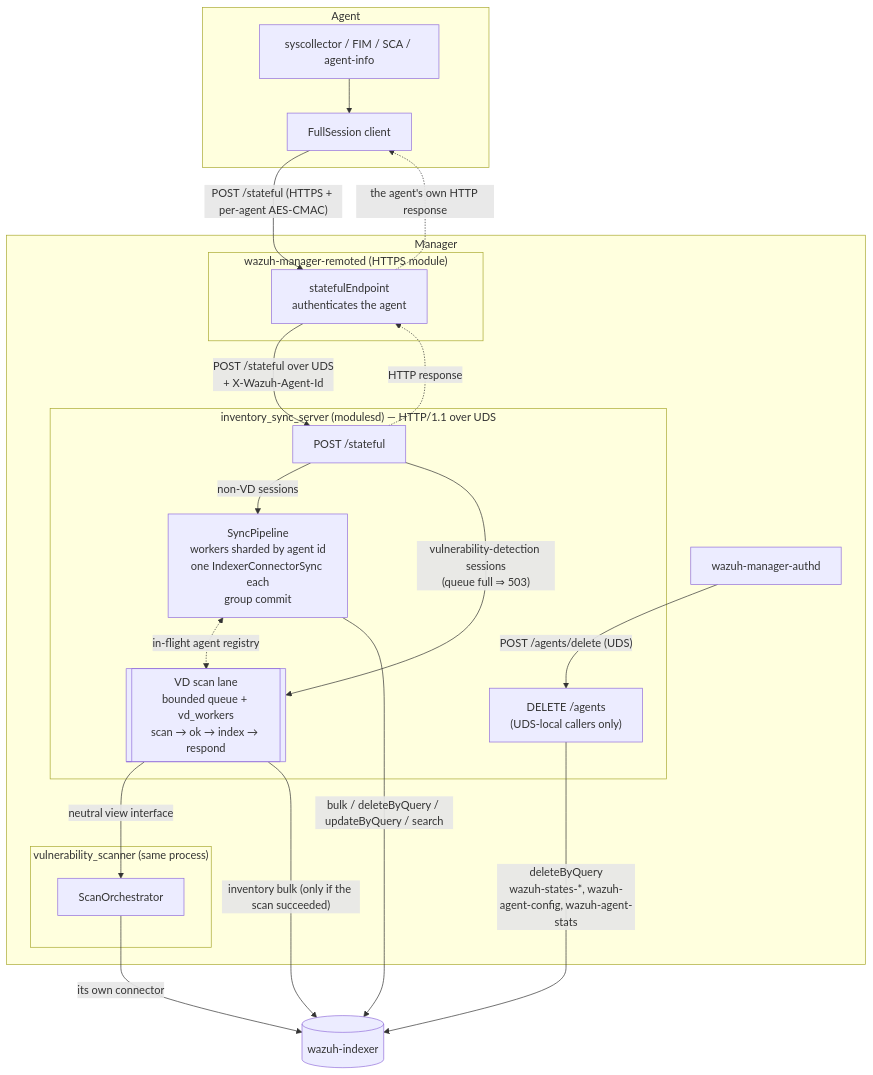
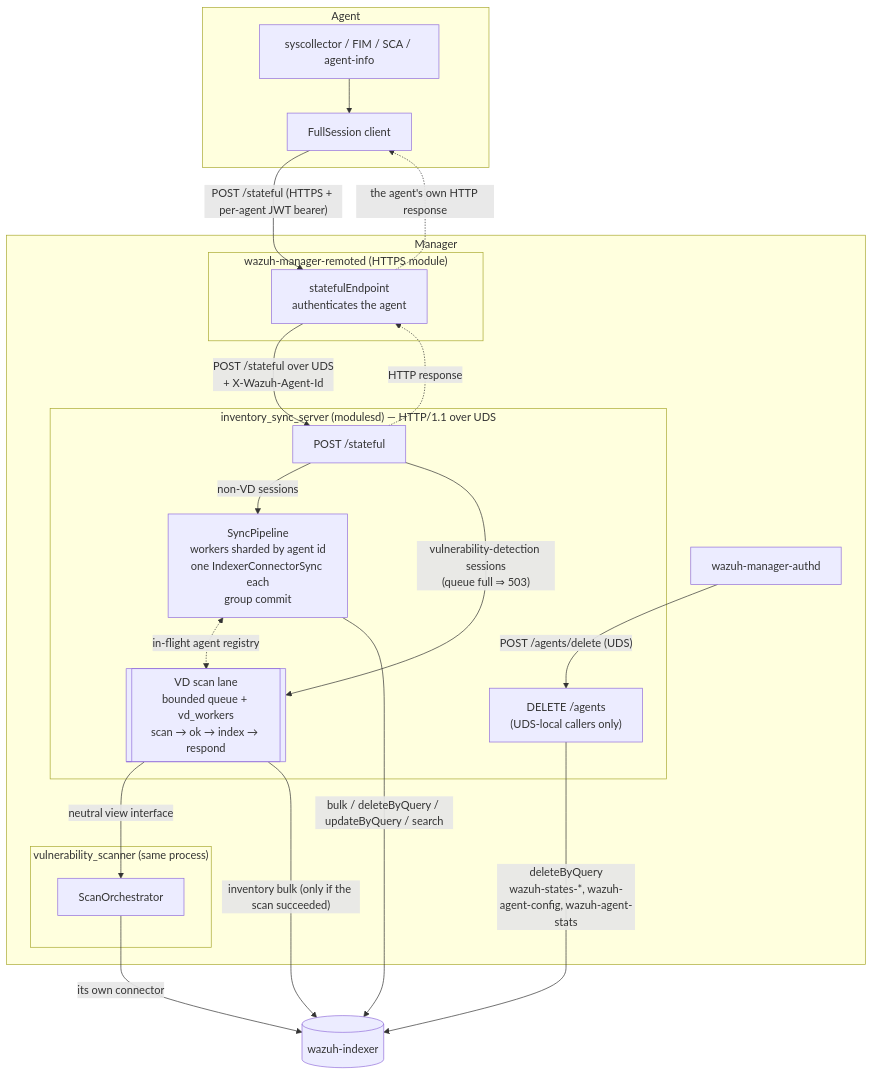
The first of 3 diagrams in docs/ref/modules/inventory-sync-server/architecture.md (wazuh/wazuh), drawn with Mermaid before and after one commit. The commit also changed other lines of this file and 31 other files, not shown here.

First line of the commit message:
docs(remoted): document the wazuh-agent+jwt / wazuh-enroll+jwt bearer profiles (#38582)

````diff
--- a/docs/ref/modules/inventory-sync-server/architecture.md
+++ b/docs/ref/modules/inventory-sync-server/architecture.md
@@ -11,32 +11,32 @@
 ```mermaid
 flowchart TB
     subgraph Agent["Agent"]
         MOD[syscollector / FIM / SCA / agent-info] --> CLI[FullSession client]
     end
-    CLI -->|"POST /stateful (HTTPS + per-agent AES-CMAC)"| REME
+    CLI -->|"POST /stateful (HTTPS + per-agent JWT bearer)"| REME
 
     subgraph Manager
         subgraph remoted["wazuh-manager-remoted (HTTPS module)"]
             REME[statefulEndpoint\nauthenticates the agent]
         end
         subgraph ISS["inventory_sync_server (modulesd) — HTTP/1.1 over UDS"]
             SYNCR["POST /stateful"] -->|non-VD sessions| PIPE[SyncPipeline\nworkers sharded by agent id\none IndexerConnectorSync each\ngroup commit]
             SYNCR -->|"vulnerability-detection sessions\n(queue full ⇒ 503)"| LANE[[VD scan lane\nbounded queue + vd_workers\nscan → ok → index → respond]]
             DELR["DELETE /agents\n(UDS-local callers only)"]
             PIPE <-.->|in-flight agent registry| LANE
         end
         REME -->|"POST /stateful over UDS\n+ X-Wazuh-Agent-Id"| SYNCR
         SYNCR -.->|HTTP response| REME
         AUTHD[wazuh-manager-authd] -->|"POST /agents/delete (UDS)"| DELR
         subgraph VD["vulnerability_scanner (same process)"]
             ORCH[ScanOrchestrator]
         end
         LANE -->|neutral view interface| ORCH
     end
 
     REME -.->|the agent's own HTTP response| CLI
     PIPE -->|bulk / deleteByQuery / updateByQuery / search| IDX[(wazuh-indexer)]
     LANE -->|"inventory bulk (only if the scan succeeded)"| IDX
     DELR -->|"deleteByQuery\nwazuh-states-*, wazuh-agent-config, wazuh-agent-stats"| IDX
     ORCH -->|its own connector| IDX
 ```
````
